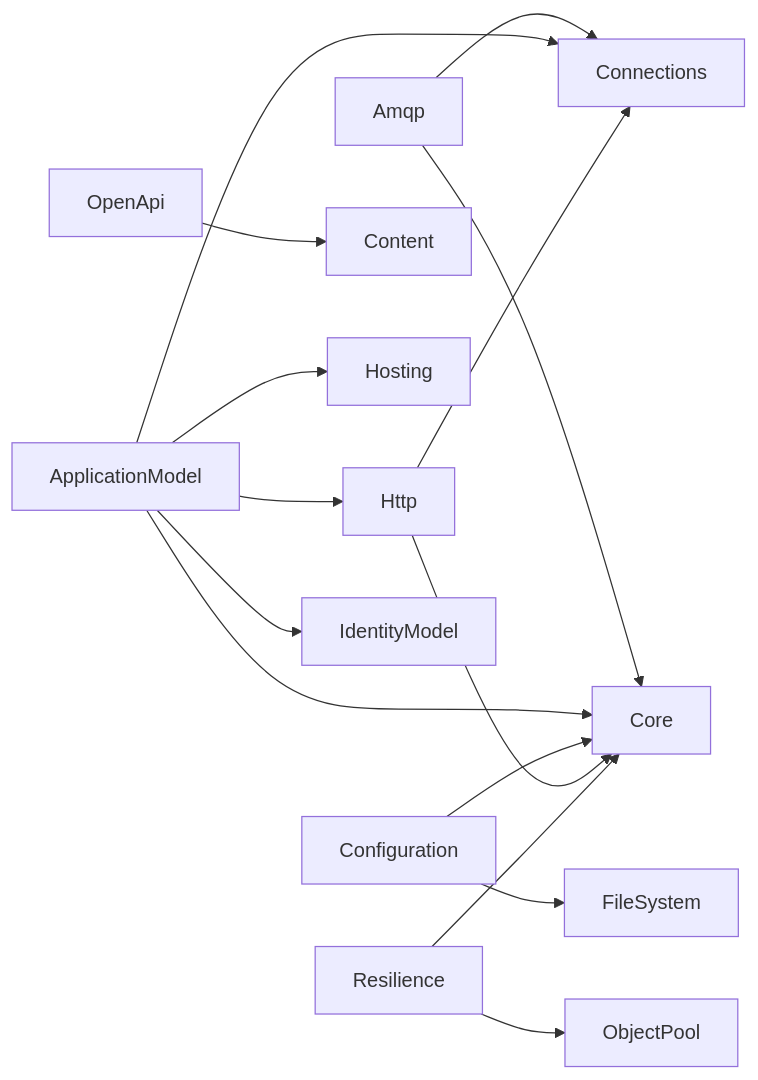
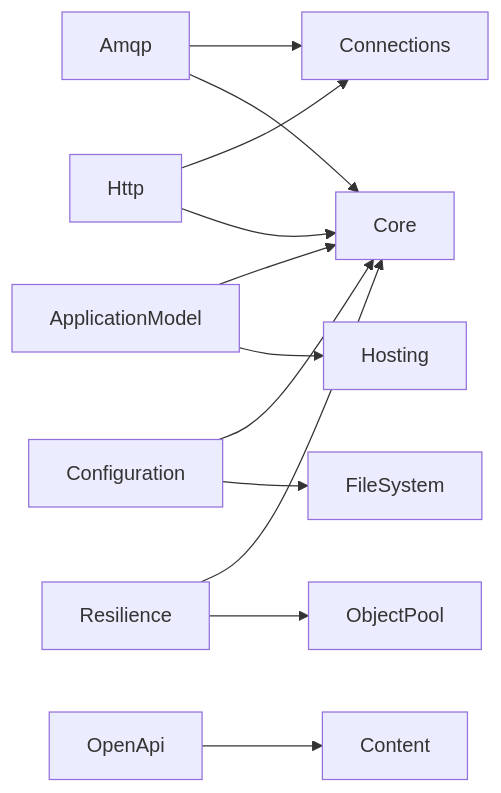
One commit to assimalign/cohesion changed the first of 27 diagrams in docs/DEPENDENCIES.md. Above: the diagram before and after it, drawn with Mermaid. The commit also changed other lines of this file and 49 other files, not shown here.

````diff
--- a/docs/DEPENDENCIES.md
+++ b/docs/DEPENDENCIES.md
@@ -65,30 +65,26 @@
 ```mermaid
 flowchart LR
     L0["Amqp"]
     L1["ApplicationModel"]
     L2["Configuration"]
     L3["Connections"]
     L4["Content"]
     L5["Core"]
     L6["FileSystem"]
     L7["Hosting"]
     L8["Http"]
-    L9["IdentityModel"]
-    L10["ObjectPool"]
-    L11["OpenApi"]
-    L12["Resilience"]
+    L9["ObjectPool"]
+    L10["OpenApi"]
+    L11["Resilience"]
     L0 --> L3
     L0 --> L5
-    L1 --> L3
     L1 --> L5
     L1 --> L7
-    L1 --> L8
-    L1 --> L9
     L2 --> L5
     L2 --> L6
     L8 --> L3
     L8 --> L5
-    L11 --> L4
-    L12 --> L5
-    L12 --> L10
+    L10 --> L4
+    L11 --> L5
+    L11 --> L9
 ```
````
